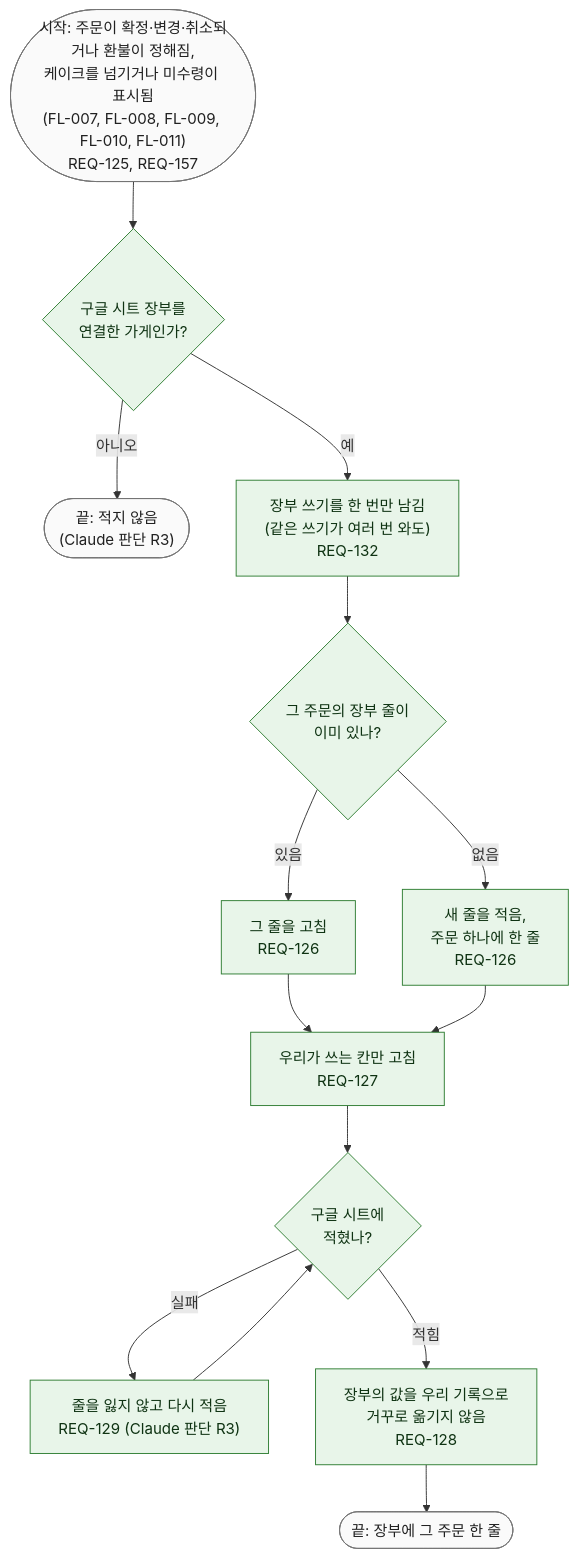
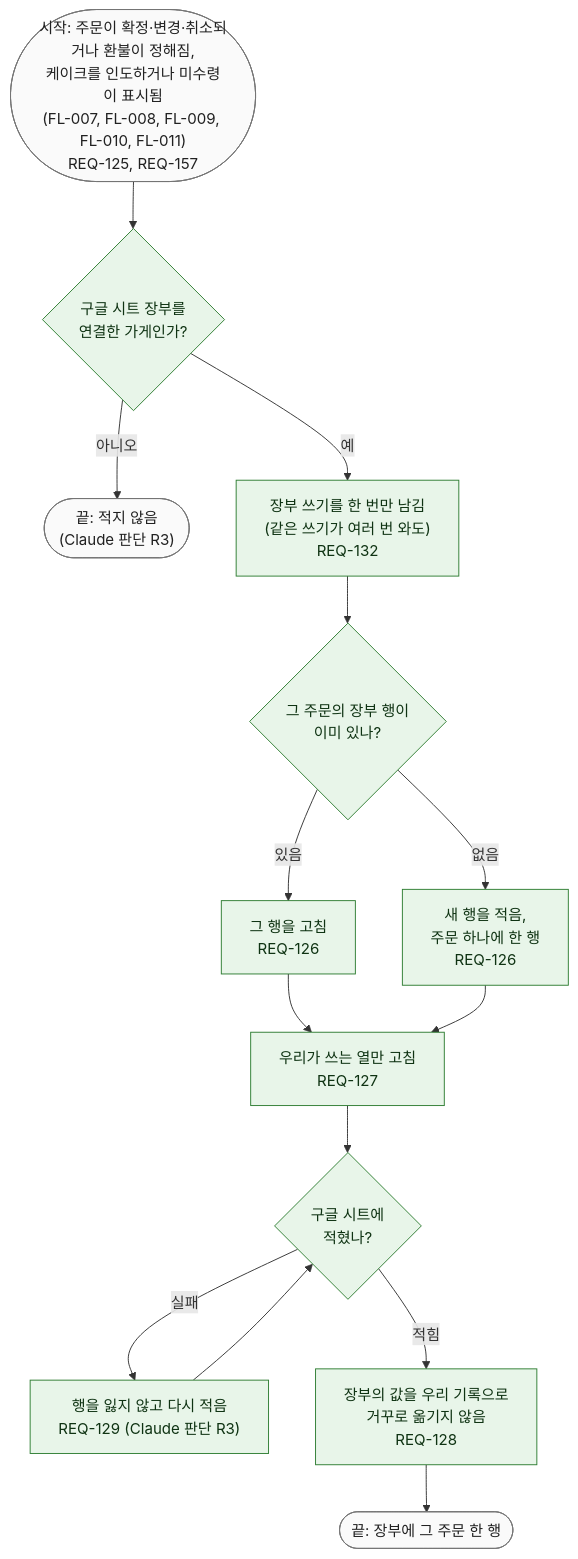
One commit to kodonghui/siljang.ai changed the diagram in docs/03-user-flow/FL-013-ledger.md. Above: the diagram before and after it, drawn with Mermaid. The commit also changed other lines of this file and 55 other files, not shown here.

````diff
--- a/docs/03-user-flow/FL-013-ledger.md
+++ b/docs/03-user-flow/FL-013-ledger.md
@@ -18,29 +18,29 @@
 ```mermaid
 flowchart TD
-  S(["시작: 주문이 확정·변경·취소되거나 환불이 정해짐,<br/>케이크를 넘기거나 미수령이 표시됨<br/>(FL-007, FL-008, FL-009, FL-010, FL-011)<br/>REQ-125, REQ-157"])
+  S(["시작: 주문이 확정·변경·취소되거나 환불이 정해짐,<br/>케이크를 인도하거나 미수령이 표시됨<br/>(FL-007, FL-008, FL-009, FL-010, FL-011)<br/>REQ-125, REQ-157"])
   D0{"구글 시트 장부를<br/>연결한 가게인가?"}
   E0(["끝: 적지 않음<br/>(Claude 판단 R3)"])
   L1["장부 쓰기를 한 번만 남김<br/>(같은 쓰기가 여러 번 와도)<br/>REQ-132"]
-  D1{"그 주문의 장부 줄이<br/>이미 있나?"}
-  L2["그 줄을 고침<br/>REQ-126"]
-  L3["새 줄을 적음,<br/>주문 하나에 한 줄<br/>REQ-126"]
-  L4["우리가 쓰는 칸만 고침<br/>REQ-127"]
+  D1{"그 주문의 장부 행이<br/>이미 있나?"}
+  L2["그 행을 고침<br/>REQ-126"]
+  L3["새 행을 적음,<br/>주문 하나에 한 행<br/>REQ-126"]
+  L4["우리가 쓰는 열만 고침<br/>REQ-127"]
   D2{"구글 시트에<br/>적혔나?"}
-  L5["줄을 잃지 않고 다시 적음<br/>REQ-129 (Claude 판단 R3)"]
+  L5["행을 잃지 않고 다시 적음<br/>REQ-129 (Claude 판단 R3)"]
   L6["장부의 값을 우리 기록으로<br/>거꾸로 옮기지 않음<br/>REQ-128"]
-  E1(["끝: 장부에 그 주문 한 줄"])
+  E1(["끝: 장부에 그 주문 한 행"])
 
   S --> D0
   D0 -->|"아니오"| E0
   D0 -->|"예"| L1 --> D1
   D1 -->|"있음"| L2 --> L4
   D1 -->|"없음"| L3 --> L4
   L4 --> D2
   D2 -->|"실패"| L5 --> D2
   D2 -->|"적힘"| L6 --> E1
 
   classDef svc fill:#e8f5e9,stroke:#2e7d32,color:#0f3313
   classDef term fill:#fafafa,stroke:#757575,color:#212121
   class D0,L1,D1,L2,L3,L4,D2,L5,L6 svc
   class S,E0,E1 term
 ```
````
